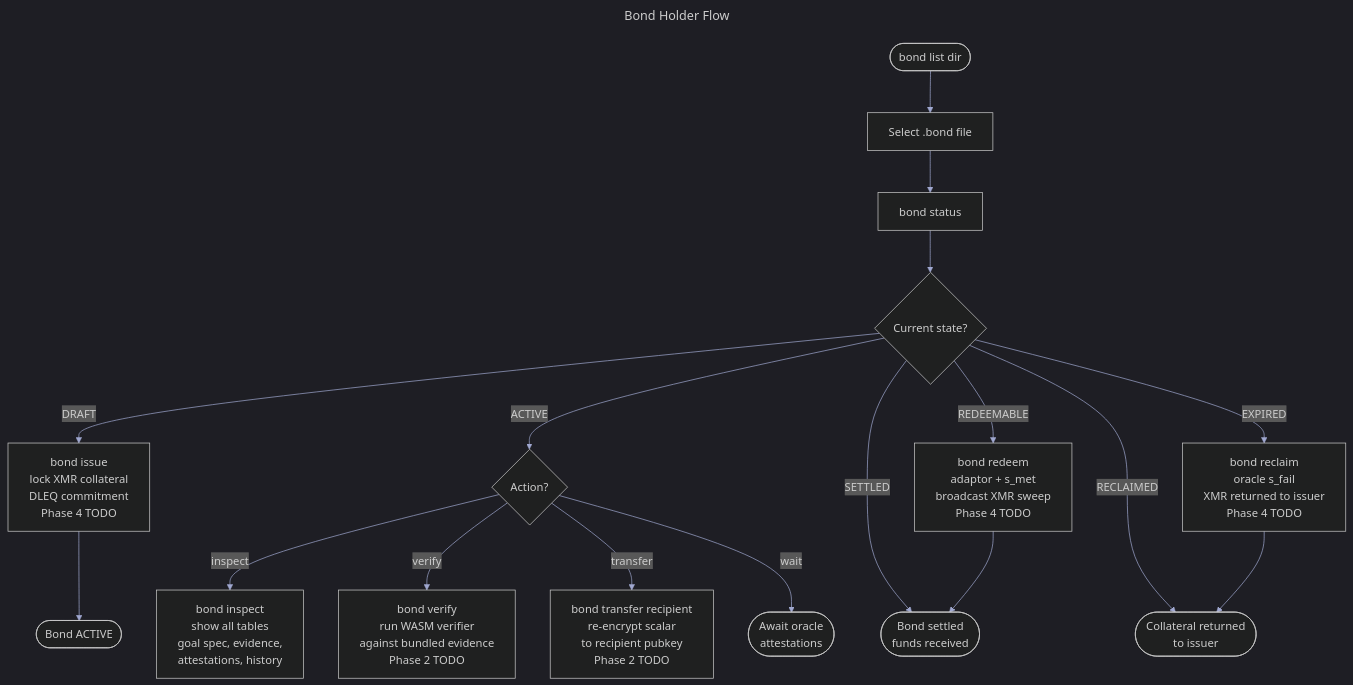
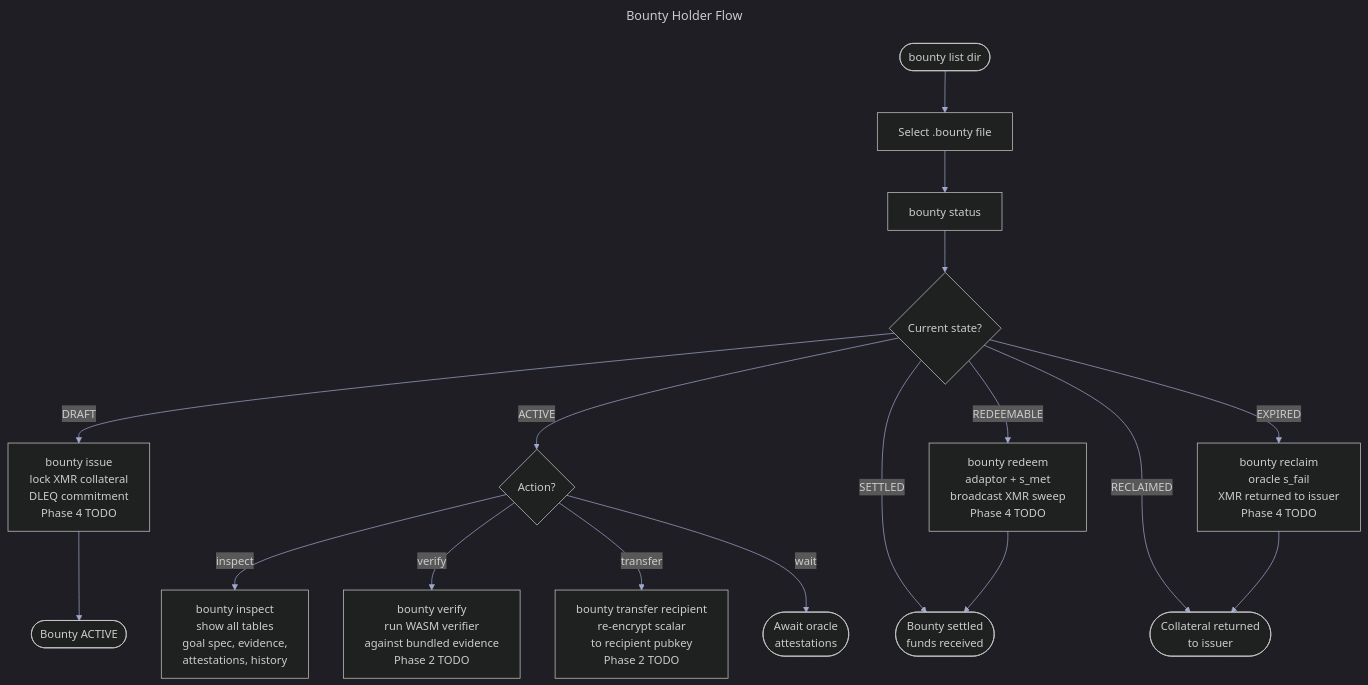
One commit to archerships/nyxforge changed the diagram in docs/storyboards/archive/holder-flow.mmd. Above: the diagram before and after it, drawn with Mermaid. The commit also changed 86 other files, not shown here.

First line of the commit message:
rename: bond -> bounty across code and docs

```diff
--- a/docs/storyboards/archive/holder-flow.mmd
+++ b/docs/storyboards/archive/holder-flow.mmd
@@ -1,24 +1,24 @@
 ---
-title: Bond Holder Flow
+title: Bounty Holder Flow
 ---
 %%{init: {"fontSize": 18, "theme": "dark", "themeVariables": {"primaryColor": "#1e2030", "primaryTextColor": "#ffffff", "primaryBorderColor": "#5e6ad2", "lineColor": "#a0a8d0", "secondaryColor": "#2a2d3e", "tertiaryColor": "#131421"}, "flowchart": {"diagramPadding": 30, "nodeSpacing": 50, "rankSpacing": 60}}}%%
 flowchart TD
-    LIST([bond list dir]) --> PICK["Select .bond file"]
-    PICK --> STATUS[bond status]
+    LIST([bounty list dir]) --> PICK["Select .bounty file"]
+    PICK --> STATUS[bounty status]
     STATUS --> STATE{"Current state?"}
 
-    STATE -->|DRAFT| ISSUE["bond issue\nlock XMR collateral\nDLEQ commitment\nPhase 4 TODO"]
+    STATE -->|DRAFT| ISSUE["bounty issue\nlock XMR collateral\nDLEQ commitment\nPhase 4 TODO"]
     STATE -->|ACTIVE| ACTIVE_OPT{"Action?"}
-    STATE -->|REDEEMABLE| REDEEM["bond redeem\nadaptor + s_met\nbroadcast XMR sweep\nPhase 4 TODO"]
-    STATE -->|EXPIRED| RECLAIM["bond reclaim\noracle s_fail\nXMR returned to issuer\nPhase 4 TODO"]
-    STATE -->|SETTLED| SETTLED_END([Bond settled\nfunds received])
+    STATE -->|REDEEMABLE| REDEEM["bounty redeem\nadaptor + s_met\nbroadcast XMR sweep\nPhase 4 TODO"]
+    STATE -->|EXPIRED| RECLAIM["bounty reclaim\noracle s_fail\nXMR returned to issuer\nPhase 4 TODO"]
+    STATE -->|SETTLED| SETTLED_END([Bounty settled\nfunds received])
     STATE -->|RECLAIMED| RECLAIMED_END([Collateral returned\nto issuer])
 
-    ACTIVE_OPT -->|inspect| INSPECT["bond inspect\nshow all tables\ngoal spec, evidence,\nattestations, history"]
-    ACTIVE_OPT -->|verify| VERIFY["bond verify\nrun WASM verifier\nagainst bundled evidence\nPhase 2 TODO"]
-    ACTIVE_OPT -->|transfer| TRANSFER["bond transfer recipient\nre-encrypt scalar\nto recipient pubkey\nPhase 2 TODO"]
+    ACTIVE_OPT -->|inspect| INSPECT["bounty inspect\nshow all tables\ngoal spec, evidence,\nattestations, history"]
+    ACTIVE_OPT -->|verify| VERIFY["bounty verify\nrun WASM verifier\nagainst bundled evidence\nPhase 2 TODO"]
+    ACTIVE_OPT -->|transfer| TRANSFER["bounty transfer recipient\nre-encrypt scalar\nto recipient pubkey\nPhase 2 TODO"]
     ACTIVE_OPT -->|wait| WAIT([Await oracle\nattestations])
 
-    ISSUE --> ACTIVE_END([Bond ACTIVE])
+    ISSUE --> ACTIVE_END([Bounty ACTIVE])
     REDEEM --> SETTLED_END
     RECLAIM --> RECLAIMED_END
```
